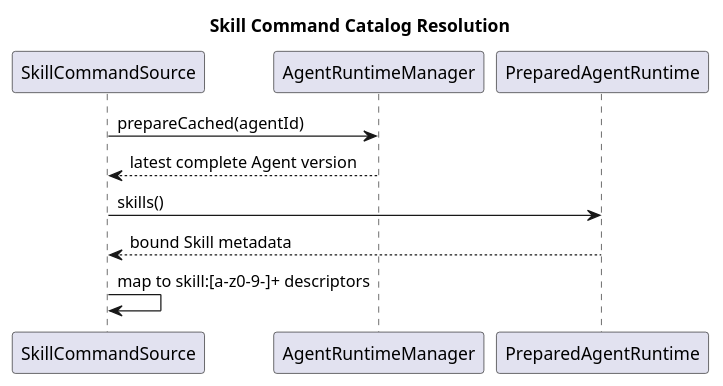
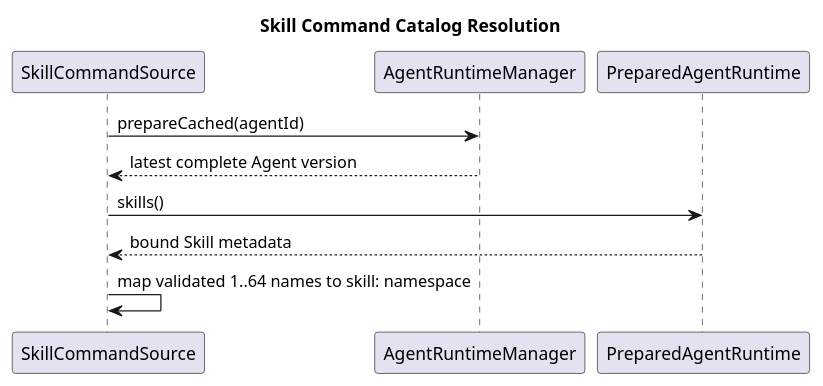
Before and after one commit to ssm0808/pi-mono-java-design: the first of 4 diagrams in 04-命令与技能/02-技能命令/设计图/diagram.puml, drawn with PlantUML. The commit also changed 20 other files, not shown here.

```diff
--- a/04-命令与技能/02-技能命令/设计图/diagram.puml
+++ b/04-命令与技能/02-技能命令/设计图/diagram.puml
@@ -1,19 +1,19 @@
 @startuml skill_catalog
 title Skill Command Catalog Resolution
 skinparam shadowing false
 
 ' Source evidence: pi-mono-java@c1311f69 mate-campusclaw/src/main/java/com/huawei/hicampus/mate/matecampusclaw/codingagent/runtime/PreparedAgentRuntime.java:57-95
 ' Source evidence: pi-mono@4af9d21d packages/coding-agent/src/modes/interactive/interactive-mode.ts:754-765
 ' Observed behavior: both runtimes expose direct bound Skill name indexes.
 ' Target design: every bound Skill is user-invocable under the skill: namespace.
 
 participant SkillCommandSource as Source
 participant AgentRuntimeManager as Runtime
 participant PreparedAgentRuntime as Snapshot
 
 Source -> Runtime : prepareCached(agentId)
 Runtime --> Source : latest complete Agent version
 Source -> Snapshot : skills()
 Snapshot --> Source : bound Skill metadata
-Source -> Source : map to skill:[a-z0-9-]+ descriptors
+Source -> Source : map validated 1..64 names to skill: namespace
 @enduml
```
